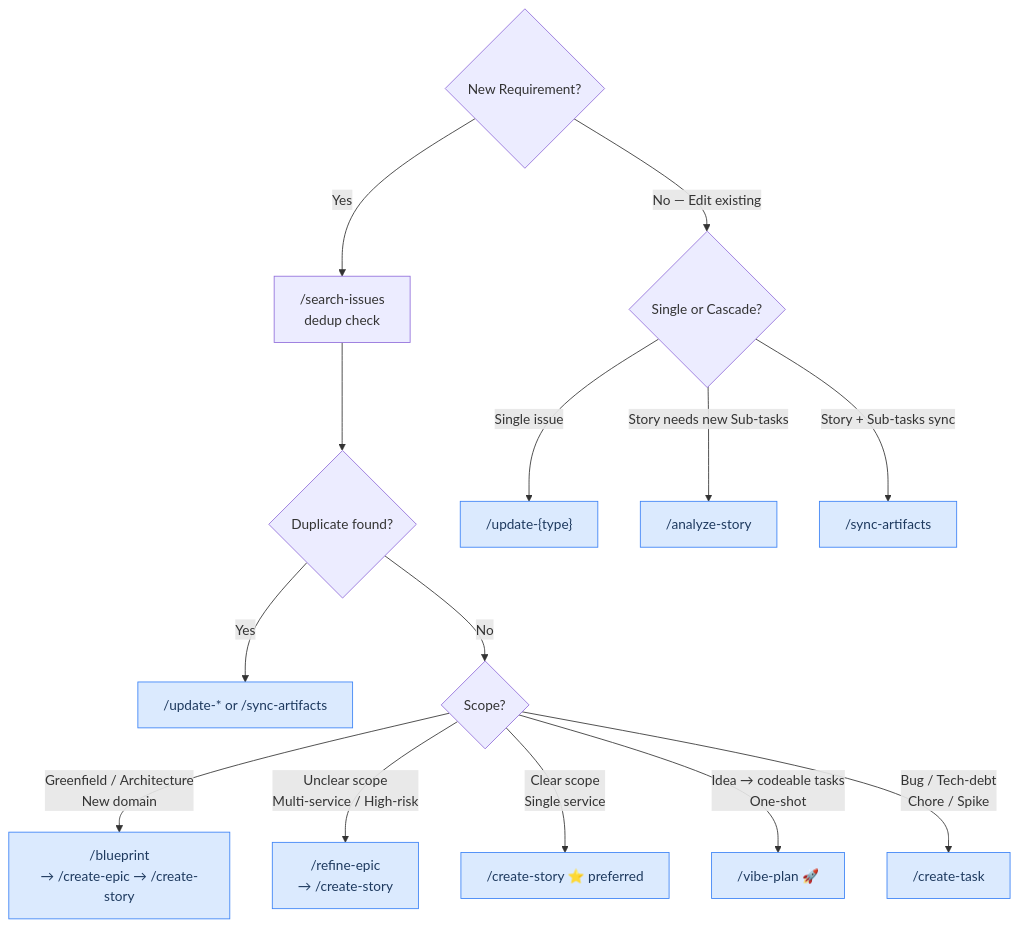
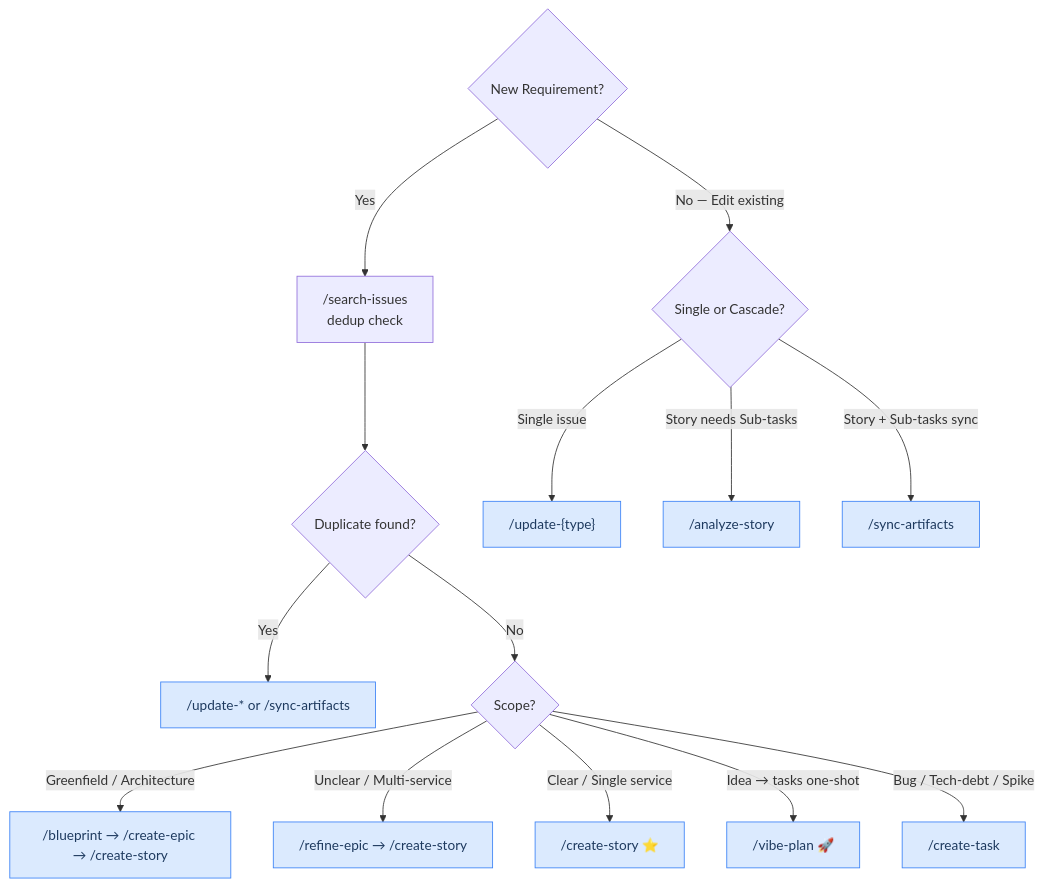
The diagram in references/skill-orchestration.md (wasikarn/atlassian-pm), drawn with Mermaid before and after one commit. The commit also changed other lines of this file, not shown here.

````diff
--- a/references/skill-orchestration.md
+++ b/references/skill-orchestration.md
@@ -74,22 +48,18 @@
 ```mermaid
 flowchart TD
     A{New Requirement?} -->|Yes| B["/search-issues\ndedup check"]
     A -->|"No — Edit existing"| C{Single or Cascade?}
-
     B --> D{Duplicate found?}
     D -->|Yes| E["/update-* or /sync-artifacts"]
     D -->|No| F{Scope?}
-
-    F -->|"Greenfield / Architecture\nNew domain"| G["/blueprint\n→ /create-epic → /create-story"]
-    F -->|"Unclear scope\nMulti-service / High-risk"| H["/refine-epic\n→ /create-story"]
-    F -->|"Clear scope\nSingle service"| I["/create-story ⭐ preferred"]
-    F -->|"Idea → codeable tasks\nOne-shot"| V["/vibe-plan 🚀"]
-    F -->|"Bug / Tech-debt\nChore / Spike"| J["/create-task"]
-
+    F -->|"Greenfield / Architecture"| G["/blueprint → /create-epic → /create-story"]
+    F -->|"Unclear / Multi-service"| H["/refine-epic → /create-story"]
+    F -->|"Clear / Single service"| I["/create-story ⭐"]
+    F -->|"Idea → tasks one-shot"| V["/vibe-plan 🚀"]
+    F -->|"Bug / Tech-debt / Spike"| J["/create-task"]
     C -->|Single issue| K["/update-{type}"]
-    C -->|"Story needs new Sub-tasks"| L["/analyze-story"]
+    C -->|"Story needs Sub-tasks"| L["/analyze-story"]
     C -->|"Story + Sub-tasks sync"| M["/sync-artifacts"]
-
     classDef skill fill:#dbeafe,stroke:#3b82f6,color:#1e3a5f
     class E,G,H,I,J,K,L,M,V skill
 ```
````
